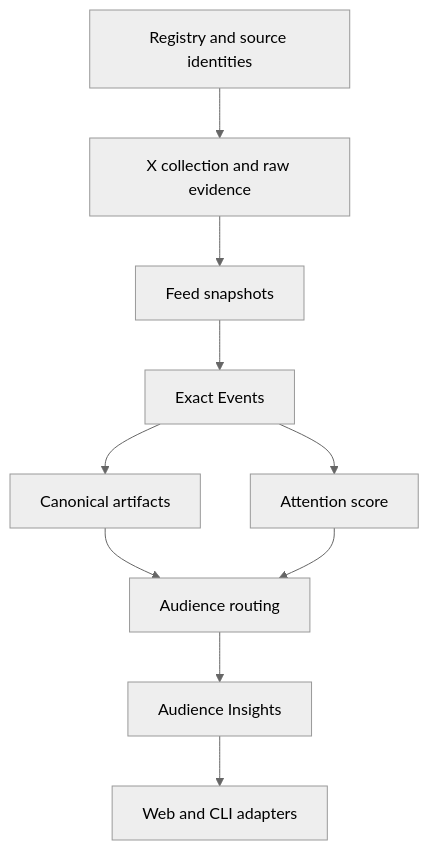
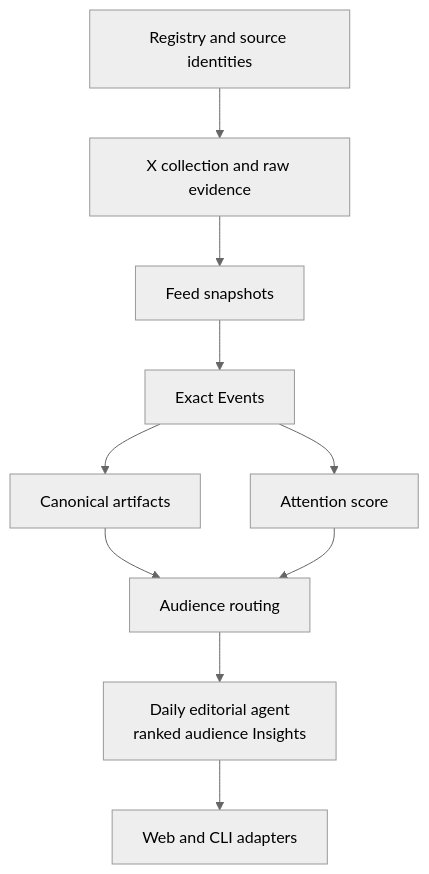
One commit to AdithyanI/frontier-lab-intelligence changed the diagram in docs/architecture/code-map.md. Above: the diagram before and after it, drawn with Mermaid (neutral theme). The commit also changed other lines of this file and 24 other files, not shown here.

````diff
--- a/docs/architecture/code-map.md
+++ b/docs/architecture/code-map.md
@@ -9,12 +9,12 @@
 ```mermaid
 flowchart TD
     R["Registry and source identities"] --> X["X collection and raw evidence"]
     X --> F["Feed snapshots"]
     F --> E["Exact Events"]
     E --> A["Canonical artifacts"]
     E --> S["Attention score"]
     A --> U["Audience routing"]
     S --> U
-    U --> I["Audience Insights"]
+    U --> I["Daily editorial agent<br/>ranked audience Insights"]
     I --> W["Web and CLI adapters"]
 ```
````
